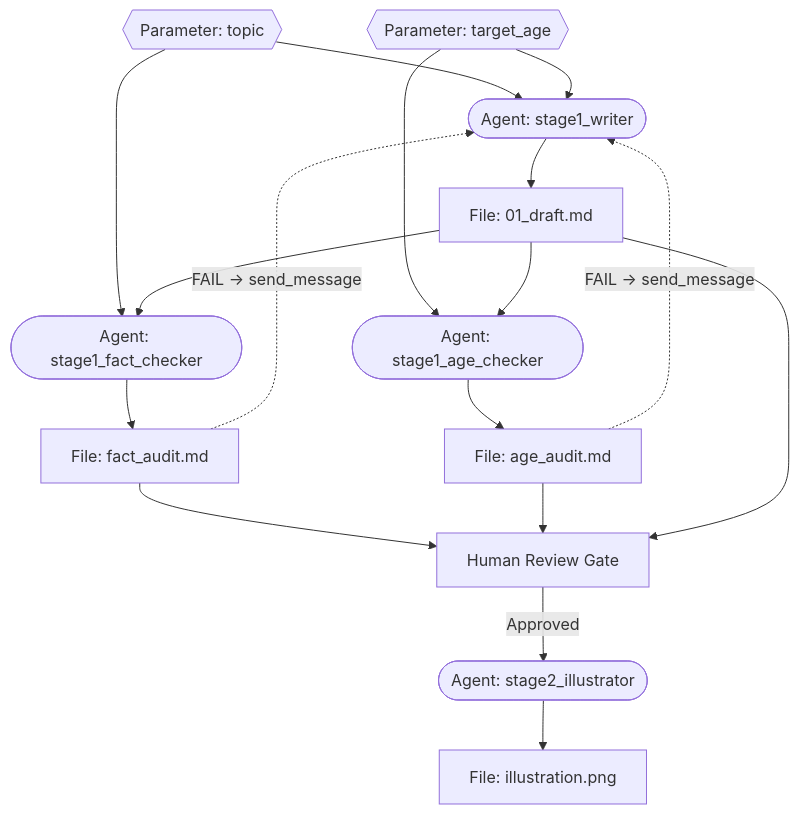
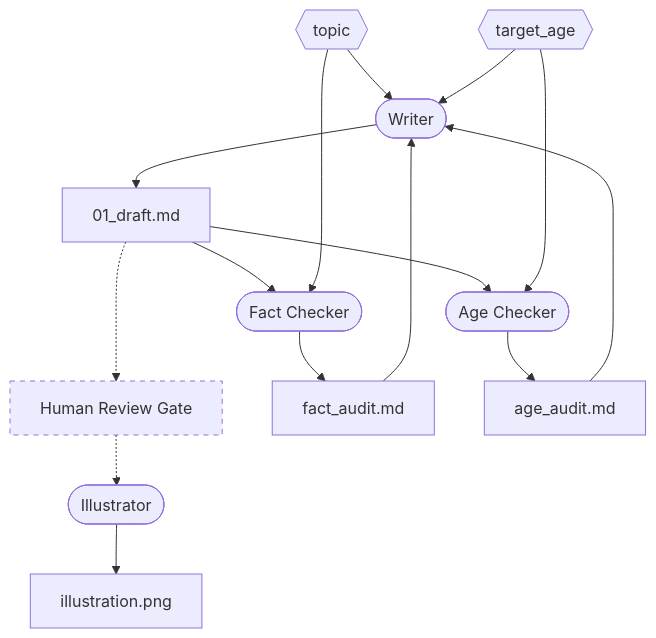
The diagram in README.md (axiomfab/weavemas), drawn with Mermaid before and after one commit. The commit also changed other lines of this file, not shown here.

Commit message:
docs(readme): align KidsWiki Mermaid graph layout with paper Figure 1 (#17)

````diff
--- a/README.md
+++ b/README.md
@@ -13,19 +13,23 @@
 ```mermaid
 flowchart TD
-    P1{{"Parameter: topic"}} --> W(["Agent: stage1_writer"])
-    P2{{"Parameter: target_age"}} --> W
-    P1 --> FC(["Agent: stage1_fact_checker"])
-    P2 --> AC(["Agent: stage1_age_checker"])
-    W --> D["File: 01_draft.md"]
-    D --> FC
-    D --> AC
-    FC --> FA["File: fact_audit.md"]
-    AC --> AA["File: age_audit.md"]
-    FA -. "FAIL -> send_message" .-> W
-    AA -. "FAIL -> send_message" .-> W
-    FA --> G["Human Review Gate"]
-    AA --> G
-    D --> G
-    G -- "Approved" --> IL(["Agent: stage2_illustrator"])
-    IL --> IMG["File: illustration.png"]
+    topic{{"topic"}} --> writer(["Writer"])
+    target_age{{"target_age"}} --> writer
+    writer --> draft["01_draft.md"]
+
+    draft --> fact_checker(["Fact Checker"])
+    draft -..-> gate["Human Review Gate"]
+    draft --> age_checker(["Age Checker"])
+
+    fact_checker --> fact_audit["fact_audit.md"]
+    age_checker --> age_audit["age_audit.md"]
+
+    topic --> fact_checker
+    target_age --> age_checker
+    fact_audit --> writer
+    age_audit --> writer
+
+    gate -.-> illustrator(["Illustrator"])
+    illustrator --> illustration["illustration.png"]
+
+    style gate stroke-dasharray: 5 5
 ```
````
